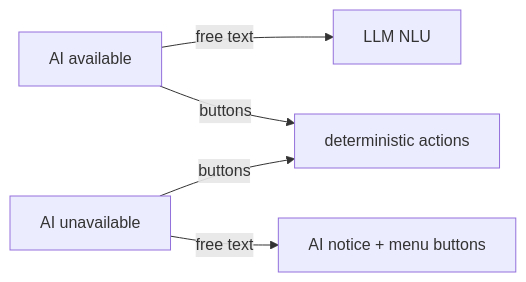
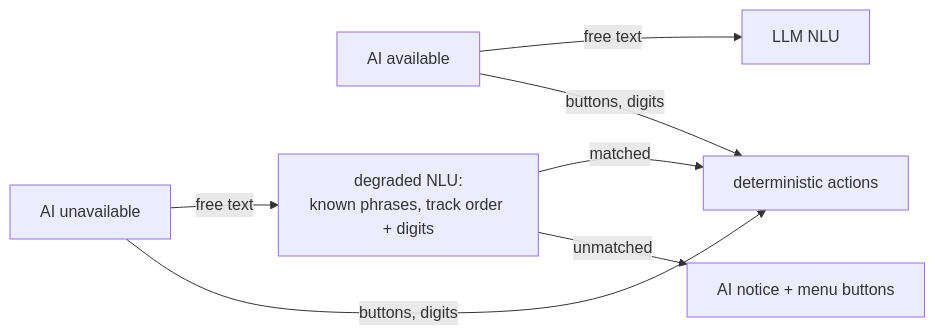
The eighth of 9 diagrams in architecture.md (pkbros/cutomerBot2), drawn with Mermaid before and after one commit. The commit also changed other lines of this file and 6 other files, not shown here.

````diff
--- a/architecture.md
+++ b/architecture.md
@@ -278,7 +280,9 @@
 ```mermaid
 flowchart LR
     A[AI available] -->|free text| B[LLM NLU]
-    A -->|buttons| C[deterministic actions]
-    D[AI unavailable] -->|free text| E[AI notice + menu buttons]
-    D -->|buttons| C
+    A -->|buttons, digits| C[deterministic actions]
+    D[AI unavailable] -->|free text| E[degraded NLU:<br/>known phrases, track order + digits]
+    E -->|matched| C
+    E -->|unmatched| F[AI notice + menu buttons]
+    D -->|buttons, digits| C
 ```
````
